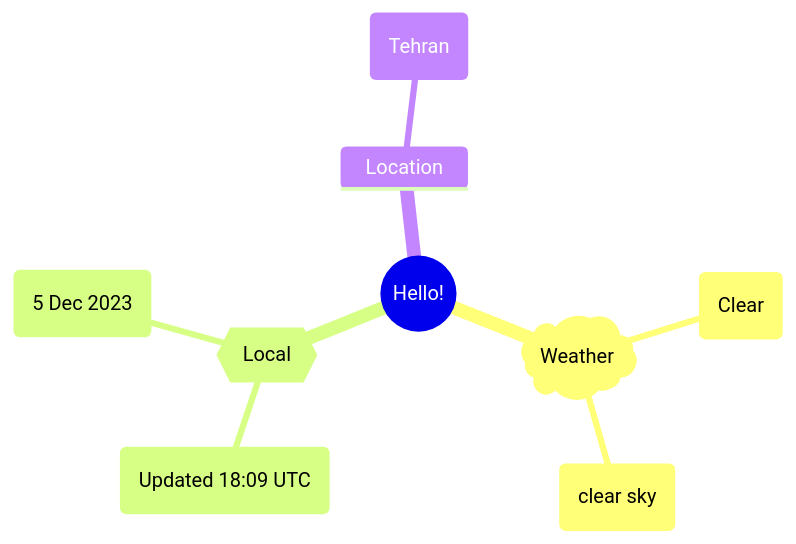
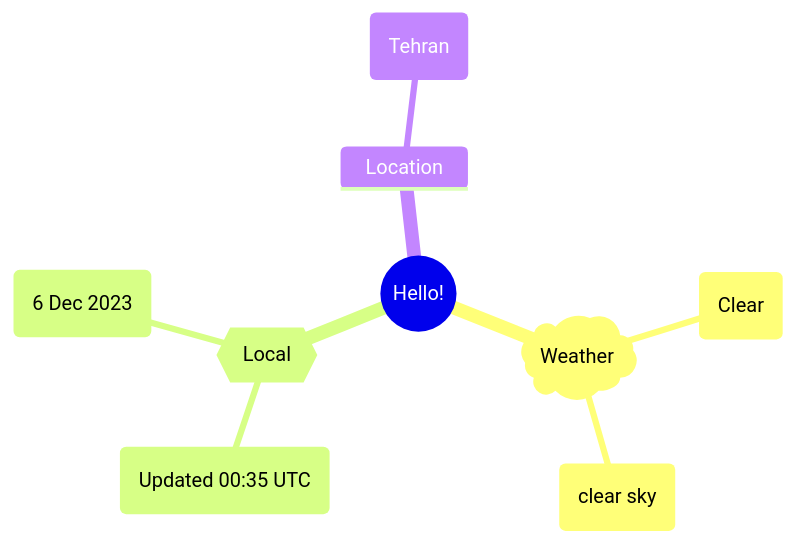
One commit to Xosrov/Xosrov changed the first of 2 diagrams in README.md. Above: the diagram before and after it, drawn with Mermaid.

Commit message:
[bot] updated images

````diff
--- a/README.md
+++ b/README.md
@@ -3,12 +3,12 @@
 ```mermaid
 mindmap
   root((Hello!))
     )Weather(
         (Clear)
         (clear sky)
     {{Local}}
-        (Updated 18:09 UTC)
-        (5 Dec 2023)
+        (Updated 00:35 UTC)
+        (6 Dec 2023)
     Location
         (Tehran)
 ```
````
